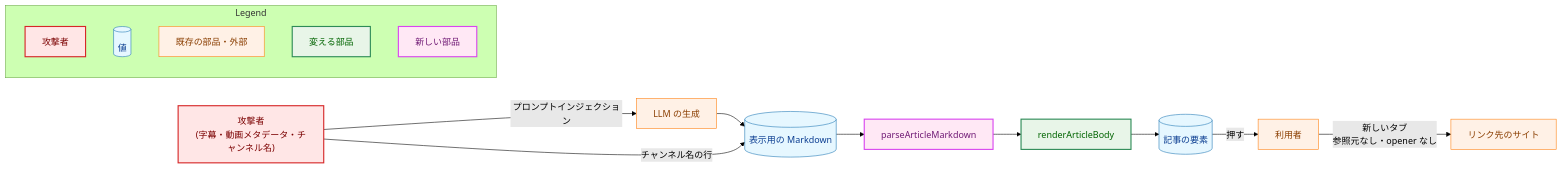
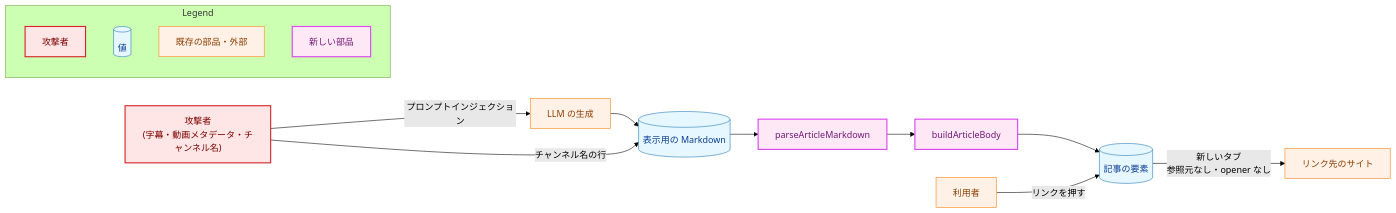
One commit to isseis/yt2column changed the fifth of 7 diagrams in docs/tasks/0063_viewer_markdown/02_architecture.md. Above: the diagram before and after it, drawn with Mermaid (forest theme). The commit also changed other lines of this file, not shown here.

First line of the commit message:
docs(0063): address review findings on the viewer Markdown architecture

````diff
--- a/docs/tasks/0063_viewer_markdown/02_architecture.md
+++ b/docs/tasks/0063_viewer_markdown/02_architecture.md
@@ -413,42 +476,38 @@
 ```mermaid
 flowchart LR
     classDef data fill:#e6f7ff,stroke:#1f77b4,stroke-width:1px,color:#0b3d91;
     classDef process fill:#fff1e6,stroke:#ff7f0e,stroke-width:1px,color:#8a3e00;
-    classDef enhanced fill:#e8f5e8,stroke:#2e8b57,stroke-width:2px,color:#006400;
     classDef newpkg fill:#ffe8f5,stroke:#d946ef,stroke-width:2px,color:#701a75;
     classDef problem fill:#ffe6e6,stroke:#d62728,stroke-width:2px,color:#7b0000;
 
     ATK["攻撃者<br>(字幕・動画メタデータ・チャンネル名)"]
     LLM["LLM の生成"]
     MD[("表示用の Markdown")]
     PARSE["parseArticleMarkdown"]
-    BUILD["renderArticleBody"]
+    BUILD["buildArticleBody"]
     DOMV[("記事の要素")]
     USER["利用者"]
     SITE["リンク先のサイト"]
 
     ATK -->|"プロンプトインジェクション"| LLM --> MD
     ATK -->|"チャンネル名の行"| MD
     MD --> PARSE --> BUILD --> DOMV
-    DOMV -->|"押す"| USER
-    USER -->|"新しいタブ<br>参照元なし・opener なし"| SITE
+    USER -->|"リンクを押す"| DOMV
+    DOMV -->|"新しいタブ<br>参照元なし・opener なし"| SITE
 
     class ATK problem
     class MD,DOMV data
     class LLM,USER,SITE process
-    class BUILD enhanced
-    class PARSE newpkg
+    class PARSE,BUILD newpkg
 
     subgraph Legend["Legend"]
         L0["攻撃者"]
         L1[("値")]
         L2["既存の部品・外部"]
-        L3["変える部品"]
         L4["新しい部品"]
     end
     class L0 problem
     class L1 data
     class L2 process
-    class L3 enhanced
     class L4 newpkg
 ```
````
